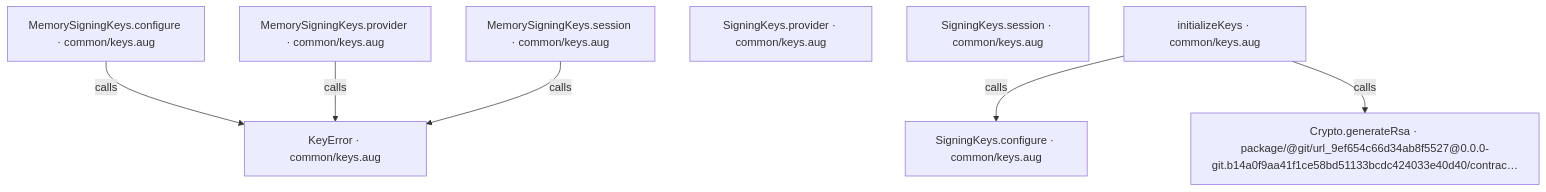
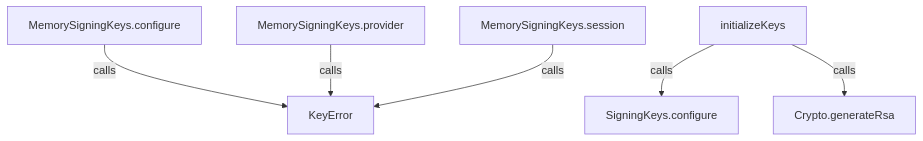
The second of 7 diagrams in docs/examples/oidc-login/common/keys-diagrams.md (GreenPandaStudios/augscript), drawn with Mermaid before and after one commit. The commit also changed other lines of this file and 524 other files, not shown here.

Commit message:
Explain checked data flow at folder and service levels

````diff
--- a/docs/examples/oidc-login/common/keys-diagrams.md
+++ b/docs/examples/oidc-login/common/keys-diagrams.md
@@ -36,17 +35,15 @@
 ```mermaid
 flowchart TD
-    n0["KeyError · common/keys.aug"]
-    n1["MemorySigningKeys.configure · common/keys.aug"]
-    n2["MemorySigningKeys.provider · common/keys.aug"]
-    n3["MemorySigningKeys.session · common/keys.aug"]
-    n4["SigningKeys.configure · common/keys.aug"]
-    n5["SigningKeys.provider · common/keys.aug"]
-    n6["SigningKeys.session · common/keys.aug"]
-    n7["initializeKeys · common/keys.aug"]
-    n8["Crypto.generateRsa · package/@git/url_9ef654c66d34ab8f5527@0.0.0-git.b14a0f9aa41f1ce58bd51133bcdc424033e40d40/contrac…"]
+    n0["KeyError"]
+    n1["MemorySigningKeys.configure"]
+    n2["MemorySigningKeys.provider"]
+    n3["MemorySigningKeys.session"]
+    n4["SigningKeys.configure"]
+    n5["initializeKeys"]
+    n6["Crypto.generateRsa"]
     n1 -->|"calls"| n0
     n2 -->|"calls"| n0
     n3 -->|"calls"| n0
-    n7 -->|"calls"| n4
-    n7 -->|"calls"| n8
+    n5 -->|"calls"| n4
+    n5 -->|"calls"| n6
 ```
````
